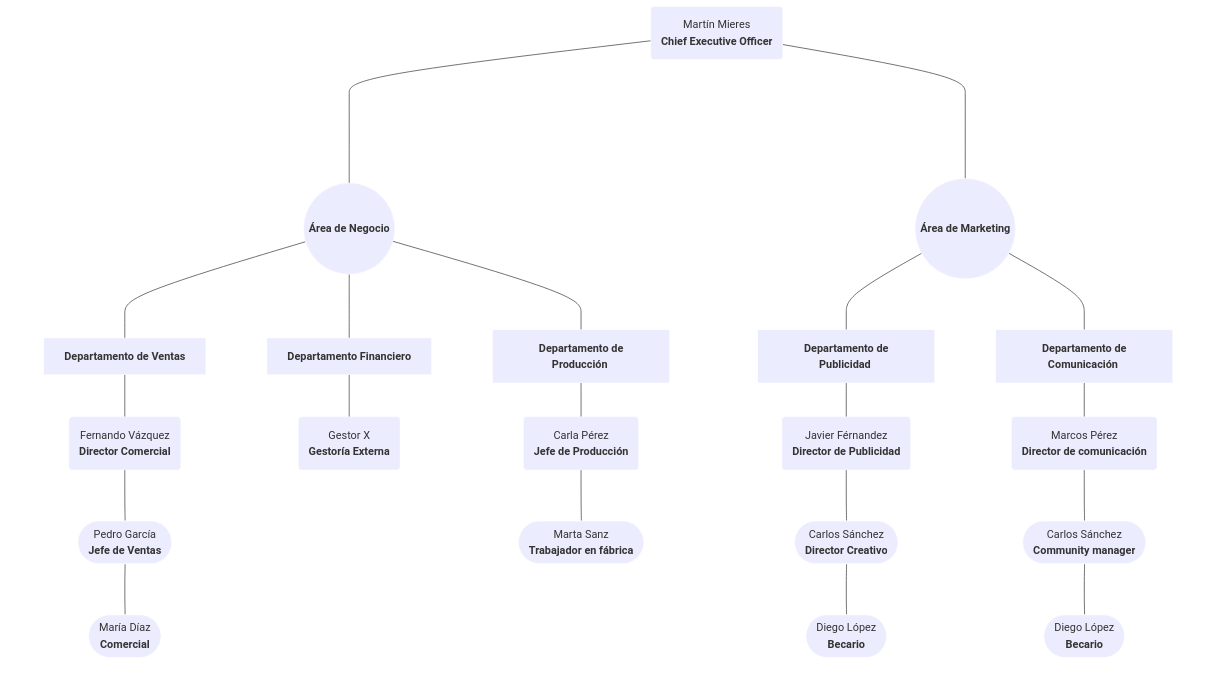
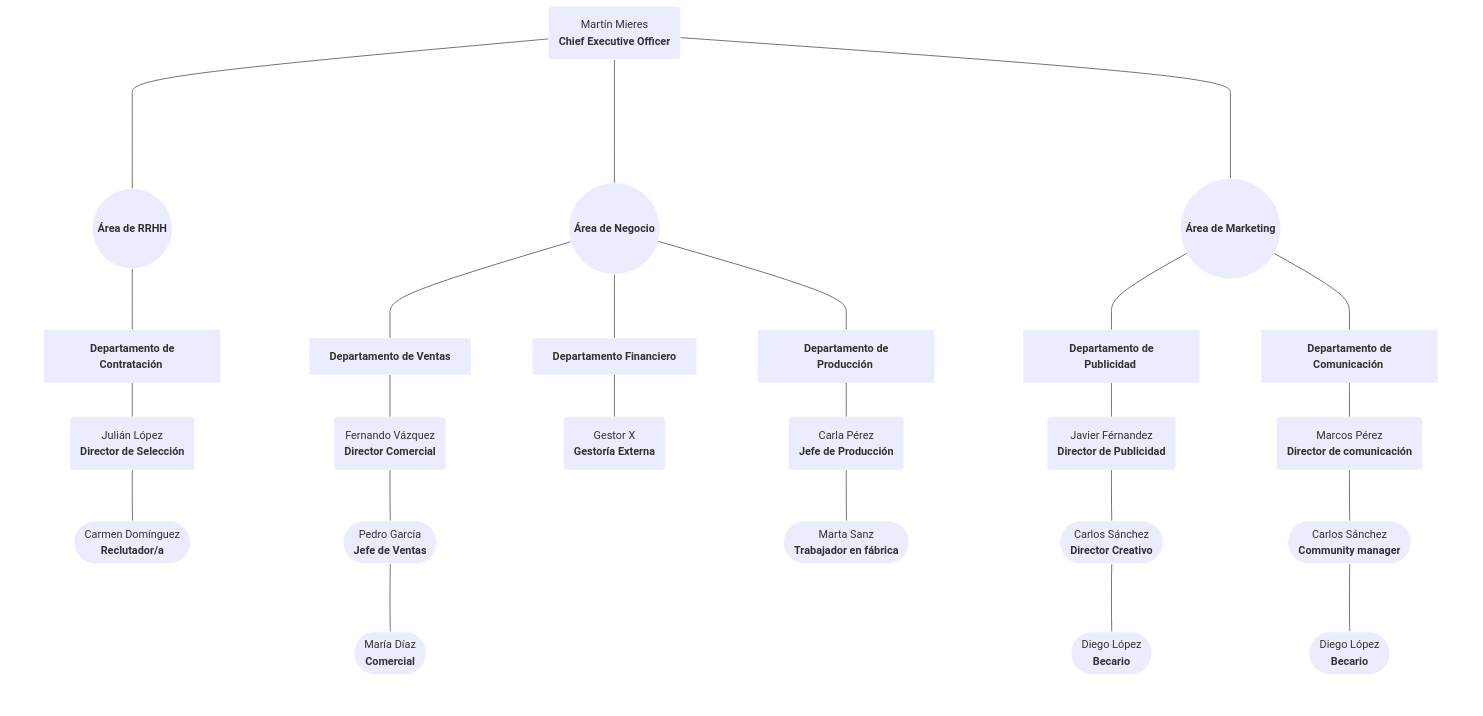
Before and after one commit to MiguelEstebanG/diagram: the diagram in README.md, drawn with Mermaid.

````diff
--- a/README.md
+++ b/README.md
@@ -51,6 +51,18 @@
 
     end
 
+%% Área de RRHH
+    subgraph departamentodeRRHH[ ]
+        areaDeRRHH((<b> Área de RRHH </b>));
+
+        subgraph departamentoDeContratacion[ ]
+            dptoContratacion[<b> Departamento de Contratación </b>];
+            directorDeReclutamiento(Julián López <br><b> Director de Selección </b></br>);
+            reclutador([Carmen Domínguez <br><b> Reclutador/a </b></br>]);
+        end
+
+    end
+
 
     %% Definición de Estilos.
     classDef integrantes fill:#ff, stroke:#fff, stroke-width:0.5px;
@@ -70,7 +82,8 @@
     departamentoDeProduccion:::departamento
     departamentoFinanciero:::departamento
     departamentoDeVentas:::departamento
-    
+    departamentodeRRHH:::departamento
+    departamentoDeContratacion:::departamento    
 
 
     %% Aplicacion de estilos a los subdepartamentos
@@ -79,11 +92,13 @@
     dptoProduccion:::subdpto
     dptoFinanciero:::subdpto
     dptoVentas:::subdpto
+    dptoContratacion:::subdpto
    
 
     %% Aplicacion de estilos a las areas
     areaDeMarketing:::area
     areaDeNegocio:::area
+    areaDeRRHH:::area
 
     %% Aplicacion de estilos a los integrantes
     ceo:::integrantes
@@ -92,6 +107,7 @@
     jefeDeProduccion:::integrantes2
     gestoria:::integrantes2
     directorComercial:::integrantes2
+    directorDeReclutamiento:::integrantes2
     communityManager:::integrantes3
     becario1:::integrantes3
     directorCreativo:::integrantes3
@@ -99,6 +115,7 @@
     trabajador:::integrantes3
     jefeDeVentas:::integrantes3
     comercial:::integrantes3
+    reclutador:::integrantes3
 
    %% Definicion de relaciones
     ceo ----- areaDeMarketing
@@ -127,5 +144,12 @@
     directorComercial --- jefeDeVentas
     jefeDeVentas --- comercial
 
+    ceo ----- areaDeRRHH
+
+    areaDeRRHH --- dptoContratacion
+
+    dptoContratacion --- directorDeReclutamiento
+    directorDeReclutamiento --- reclutador  
+
     linkStyle default stroke-width: 1px;
 ```
````
